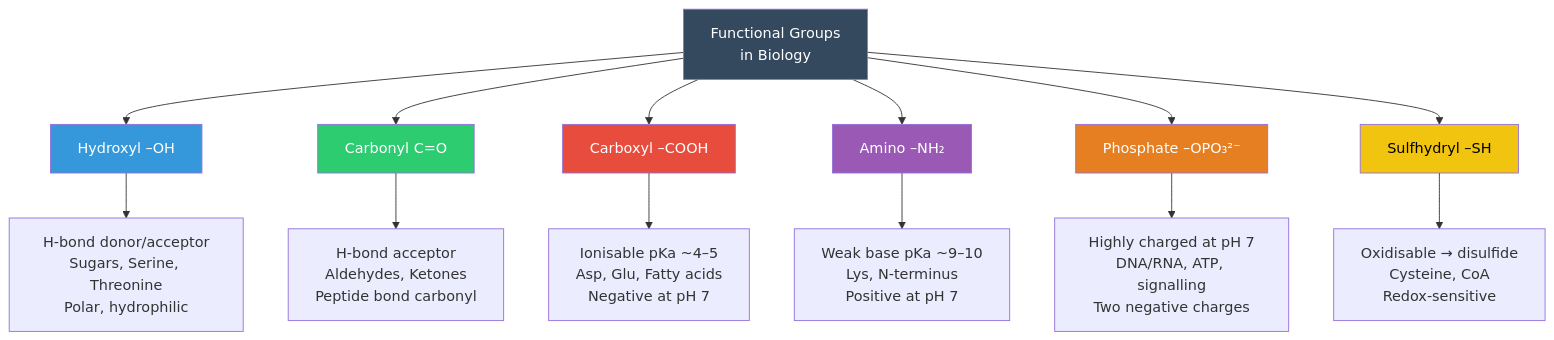
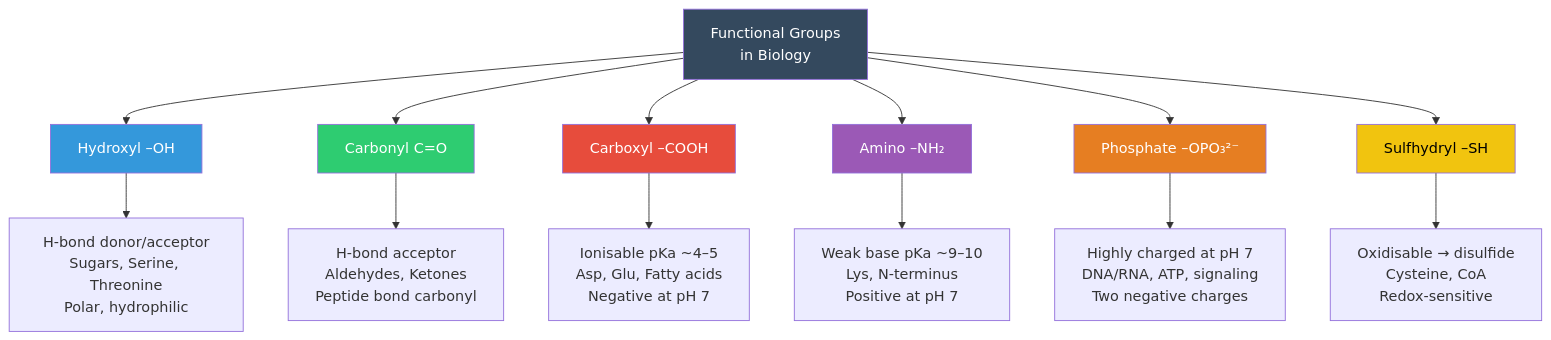
One commit to docxology/biology_textbook changed the second of 3 diagrams in manuscript/unit_I/atoms_molecules.md. Above: the diagram before and after it, drawn with Mermaid. The commit also changed other lines of this file and 247 other files, not shown here.

````diff
--- a/manuscript/unit_I/atoms_molecules.md
+++ b/manuscript/unit_I/atoms_molecules.md
@@ -299,24 +307,24 @@
 ```mermaid
 graph TD
     FG["Functional Groups<br/>in Biology"] --> OH["Hydroxyl –OH"]
     FG --> CO["Carbonyl C=O"]
     FG --> COOH["Carboxyl –COOH"]
     FG --> NH2["Amino –NH₂"]
     FG --> PO4["Phosphate –OPO₃²⁻"]
     FG --> SH["Sulfhydryl –SH"]
 
     OH --> OH1["H-bond donor/acceptor<br/>Sugars, Serine, Threonine<br/>Polar, hydrophilic"]
     CO --> CO1["H-bond acceptor<br/>Aldehydes, Ketones<br/>Peptide bond carbonyl"]
     COOH --> COOH1["Ionisable pKa ~4–5<br/>Asp, Glu, Fatty acids<br/>Negative at pH 7"]
     NH2 --> NH21["Weak base pKa ~9–10<br/>Lys, N-terminus<br/>Positive at pH 7"]
-    PO4 --> PO41["Highly charged at pH 7<br/>DNA/RNA, ATP, signalling<br/>Two negative charges"]
+    PO4 --> PO41["Highly charged at pH 7<br/>DNA/RNA, ATP, signaling<br/>Two negative charges"]
     SH --> SH1["Oxidisable → disulfide<br/>Cysteine, CoA<br/>Redox-sensitive"]
 
     style FG fill:#34495e,color:#fff
     style OH fill:#3498db,color:#fff
     style CO fill:#2ecc71,color:#fff
     style COOH fill:#e74c3c,color:#fff
     style NH2 fill:#9b59b6,color:#fff
     style PO4 fill:#e67e22,color:#fff
     style SH fill:#f1c40f,color:#000
 ```
````
